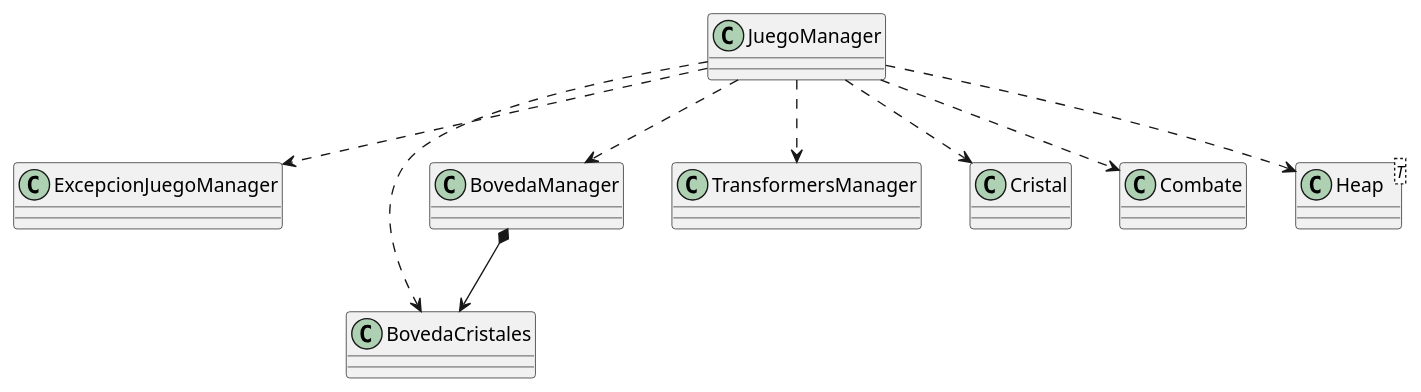
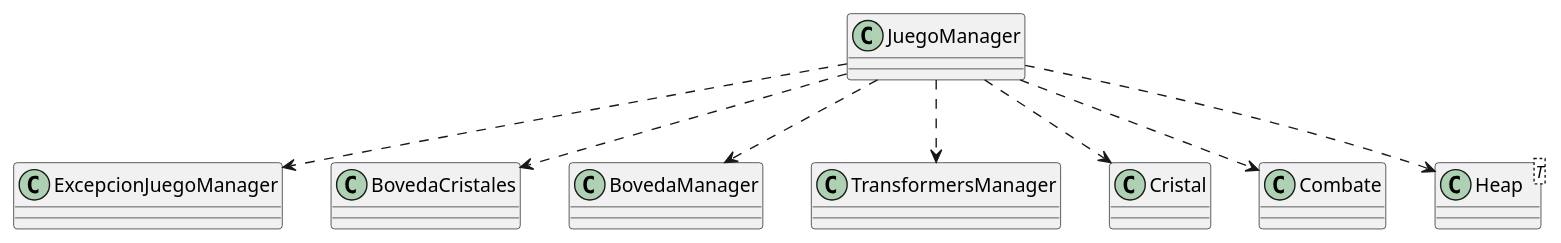
Before and after one commit to Tastor2k2/AYED-tpg-2c2024-compilados: the diagram in UML/JuegoManager.puml, drawn with PlantUML. The commit also changed 6 other files, not shown here.

```diff
--- a/UML/JuegoManager.puml
+++ b/UML/JuegoManager.puml
@@ -1,36 +1,35 @@
 @startuml
 
 class JuegoManager {
 }
 
 class ExcepcionJuegoManager {
 }
 
 class BovedaCristales {
 }
 
 class BovedaManager {
 }
 
 class TransformersManager {
 }
 
 class Cristal {
 }
 
 class Combate{
 }
 
 class Heap<T> {
 }
 
 JuegoManager ..> ExcepcionJuegoManager
 JuegoManager ..> BovedaCristales
 JuegoManager ..> BovedaManager
 JuegoManager ..> TransformersManager
 JuegoManager ..> Cristal
 JuegoManager ..> Combate
 JuegoManager ..> Heap
-BovedaManager *--> BovedaCristales
 
 @enduml
```
